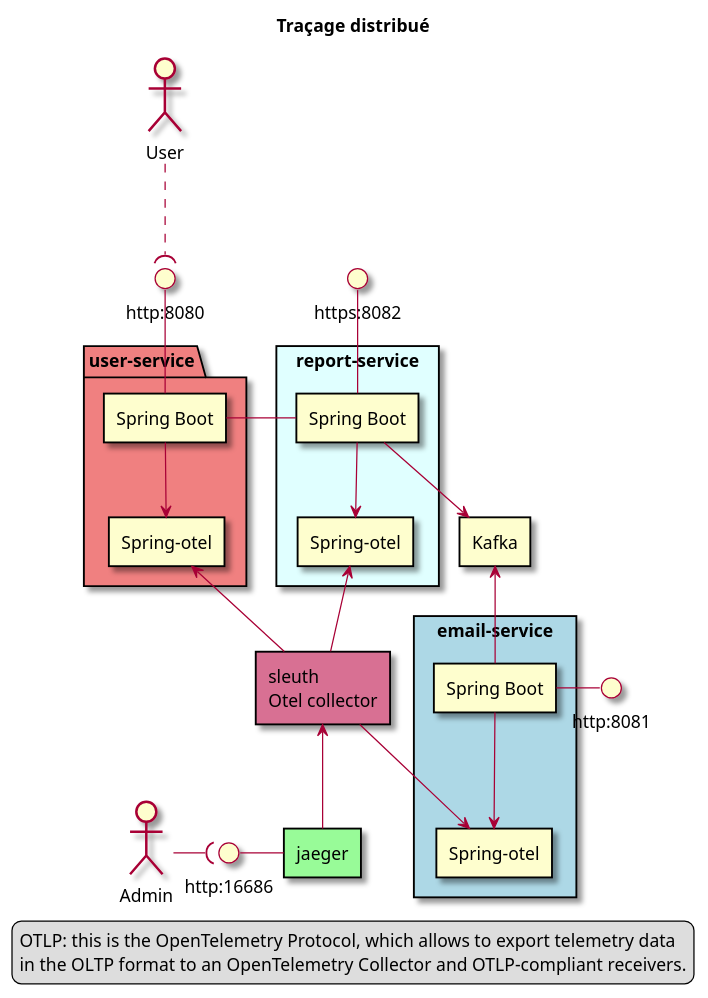
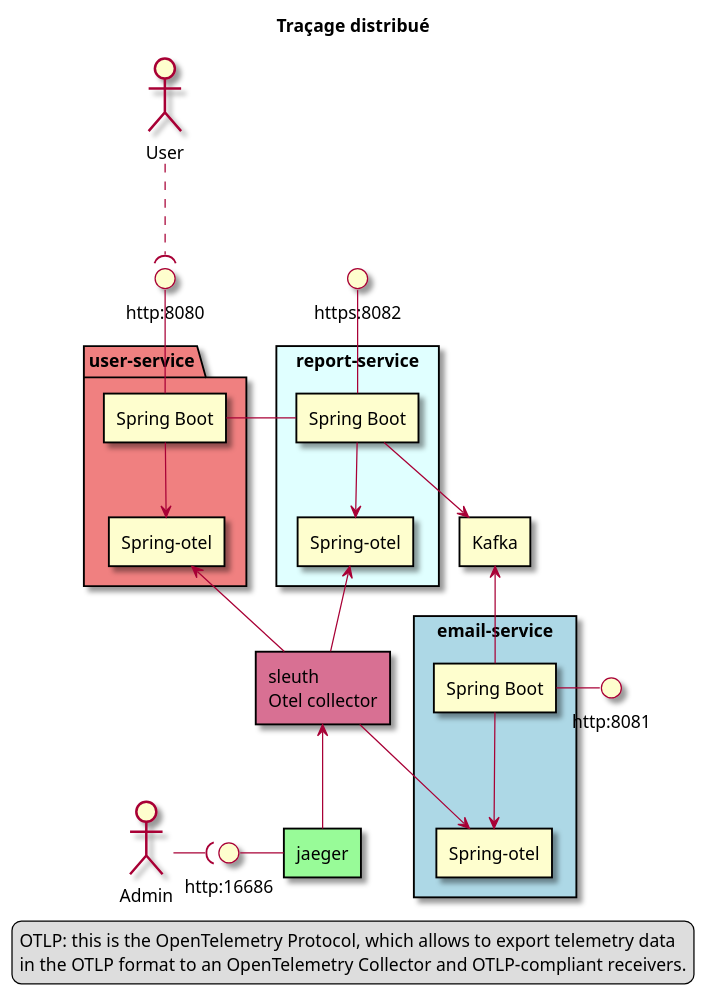
One commit to chvois1/otel-spring changed the diagram in images/network.puml. Above: the diagram before and after it, drawn with PlantUML. The commit also changed 2 other files, not shown here.

```diff
--- a/images/network.puml
+++ b/images/network.puml
@@ -1,62 +1,62 @@
 @startuml network
 
 
 title Traçage distribué
 
 skin rose
 
 actor "User" as user
 actor "Admin" as adm
 
 interface "http:8080" as IUserService
 package "user-service" as userService #LightCoral {
     rectangle "Spring Boot" as spbUser
     rectangle "Spring-otel" as otelUser
 }
 
 interface "https:8082" as IReportService
 rectangle "report-service" as reportService #LightCyan {
     rectangle "Spring Boot" as spbReport
     rectangle "Spring-otel" as otelReport
 }
 
 interface "http:8081" as IEmailService
 rectangle "email-service" as emailService #LightBlue {
     rectangle "Spring Boot" as spbEmail
     rectangle "Spring-otel" as otelEmail
 }
 
 rectangle "Kafka" as kafka {
 }
 
 rectangle "sleuth\nOtel collector" as otelCol #PaleVioletRed {
 }
 
 interface "http:16686" as IJaeger
 rectangle "jaeger" as jaeger #PaleGreen {
 }
 
 user ..( IUserService
 IUserService -- spbUser
 IReportService -- spbReport
 spbEmail - IEmailService 
 
 spbUser - spbReport
 spbUser --> otelUser
 otelUser <-- otelCol
 spbReport --> kafka
 spbReport --> otelReport
 otelReport <-- otelCol
 kafka <-- spbEmail
 spbEmail --> otelEmail
 otelCol --> otelEmail
 otelCol <-- jaeger 
 IJaeger - jaeger 
 adm -( IJaeger 
 
 legend
   OTLP: this is the OpenTelemetry Protocol, which allows to export telemetry data 
-  in the OLTP format to an OpenTelemetry Collector and OTLP-compliant receivers.
+  in the OTLP format to an OpenTelemetry Collector and OTLP-compliant receivers.
 end legend
 
 @enduml
```
